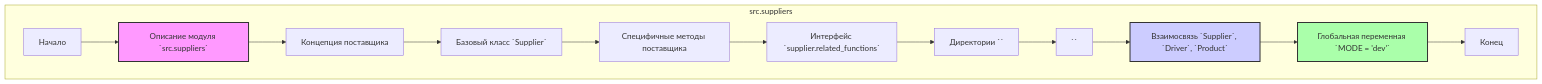
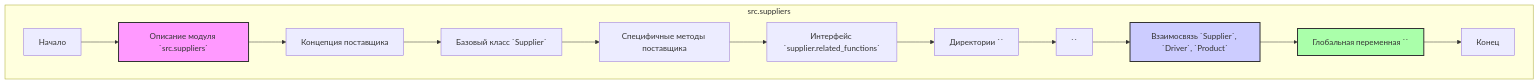
One commit to hypo69/hypo changed the second of 2 diagrams in docs/gemini/ru/explainer/src/suppliers/__init__.py.md. Above: the diagram before and after it, drawn with Mermaid. The commit also changed other lines of this file and 6031 other files, not shown here.

````diff
--- a/docs/gemini/ru/explainer/src/suppliers/__init__.py.md
+++ b/docs/gemini/ru/explainer/src/suppliers/__init__.py.md
@@ -35,19 +35,19 @@
 ```mermaid
 flowchart TD
     subgraph src.suppliers
         Start[Начало] --> ModuleDescription[Описание модуля `src.suppliers`];
         ModuleDescription --> SupplierConcept[Концепция поставщика];
         SupplierConcept --> BaseSupplierClass[Базовый класс `Supplier`];
         BaseSupplierClass --> SpecificSupplierMethods[Специфичные методы поставщика];
         SpecificSupplierMethods --> RelatedFunctionsInterface[Интерфейс `supplier.related_functions`];
         RelatedFunctionsInterface --> SupplierDirectories[Директории `<supplier_prefix>`];
         SupplierDirectories --> SupplierPrefix[`<supplier_prefix>`];
         SupplierPrefix --> EntitiesRelationship[Взаимосвязь `Supplier`, `Driver`, `Product`];
-        EntitiesRelationship --> GlobalModeVariable[Глобальная переменная `MODE = 'dev'`];
+        EntitiesRelationship --> GlobalModeVariable[Глобальная переменная ``];
         GlobalModeVariable --> End[Конец];
     end
     
     style ModuleDescription fill:#f9f,stroke:#333,stroke-width:2px
     style EntitiesRelationship fill:#ccf,stroke:#333,stroke-width:2px
     style GlobalModeVariable fill:#afa,stroke:#333,stroke-width:2px
 ```
````
